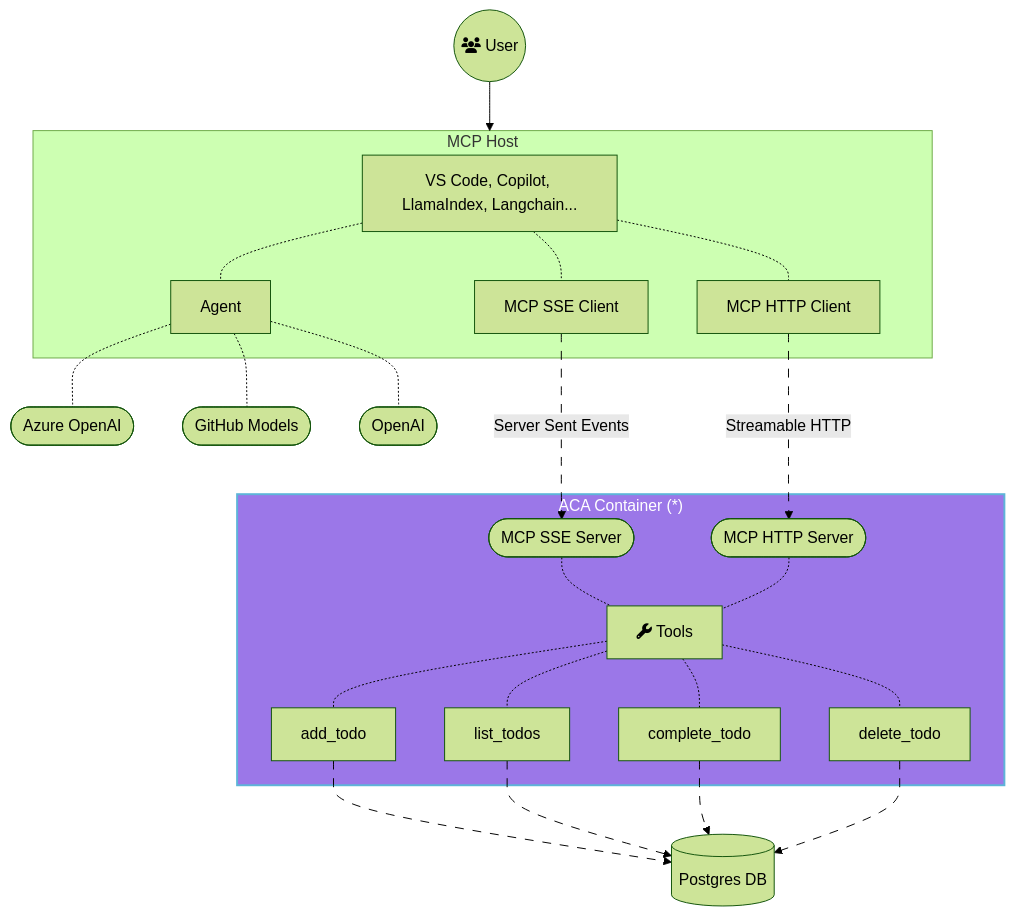
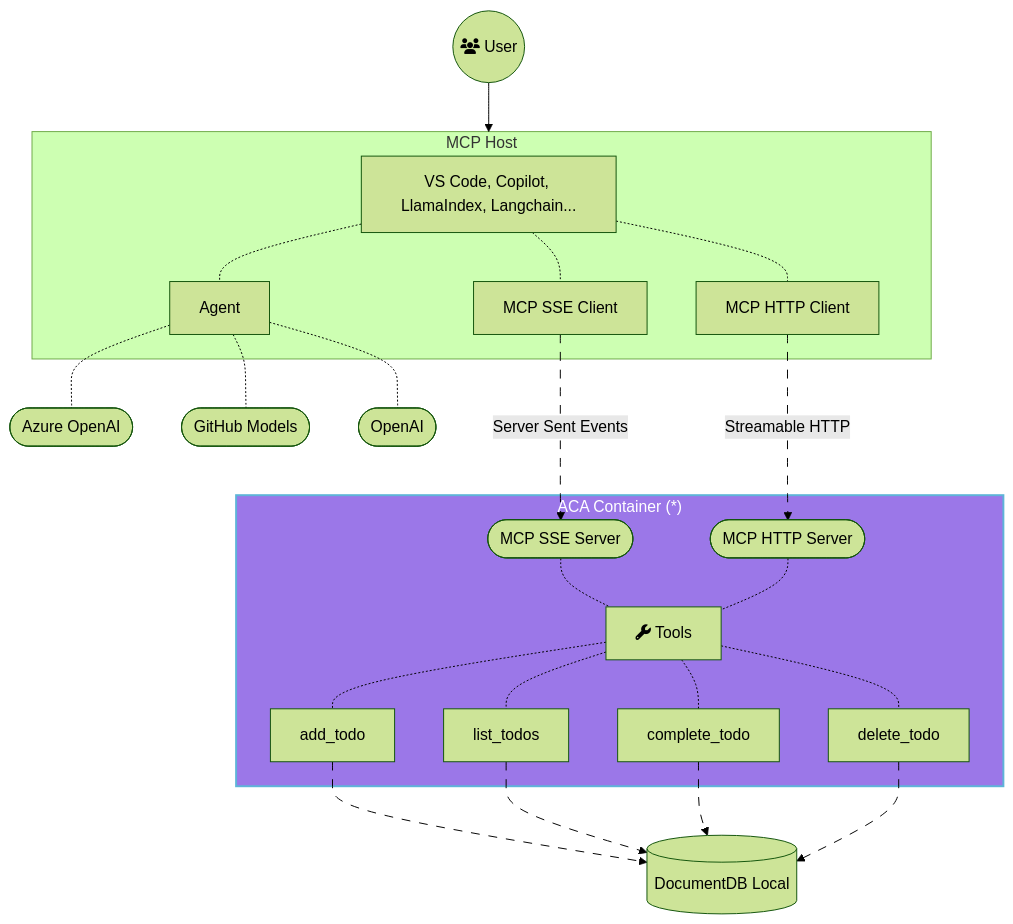
Before and after one commit to Azure-Samples/azure-container-apps-ai-mcp: the diagram in README.md, drawn with Mermaid (forest theme). The commit also changed other lines of this file and 9 other files, not shown here.

Commit message:
feat: add support for DocumentDB Local

````diff
--- a/README.md
+++ b/README.md
@@ -17,56 +17,56 @@
 ```mermaid
 flowchart TD
     user(("fa:fa-users User"))
     host["VS Code, Copilot, LlamaIndex, Langchain..."]
     client[MCP SSE Client]
     clientHttp[MCP HTTP Client]
     server([MCP SSE Server])
     serverHttp([MCP HTTP Server])
     agent[Agent]
     AzureOpenAI([Azure OpenAI])
     GitHub([GitHub Models])
     OpenAI([OpenAI])
     
     tools["fa:fa-wrench Tools"]
-    db[(Postgres DB)]
+    db[(DocumentDB Local)]
 
     user --> hostGroup 
     subgraph hostGroup["MCP Host"]
         host -.- client & clientHttp & agent
     end
     
     agent -.- AzureOpenAI & GitHub & OpenAI
     
     client a@ ---> |"Server Sent Events"| server
     clientHttp aa@ ---> |"Streamable HTTP"| serverHttp
 
     subgraph container["ACA Container (*)"]
       server -.- tools
       serverHttp -.- tools
       tools -.- add_todo 
       tools -.- list_todos
       tools -.- complete_todo
       tools -.- delete_todo
     end
 
     add_todo b@ --> db
     list_todos c@--> db
     complete_todo d@ --> db
     delete_todo e@ --> db
     
     %% styles
 
     classDef animate stroke-dasharray: 9,5,stroke-dashoffset: 900,animation: dash 25s linear infinite;
     classDef highlight fill:#9B77E8,color:#fff,stroke:#5EB4D8,stroke-width:2px
     
     class a animate
     class aa animate
     class b animate
     class c animate
     class d animate
     class e animate
 
     class container highlight
 
 
 ```
````
